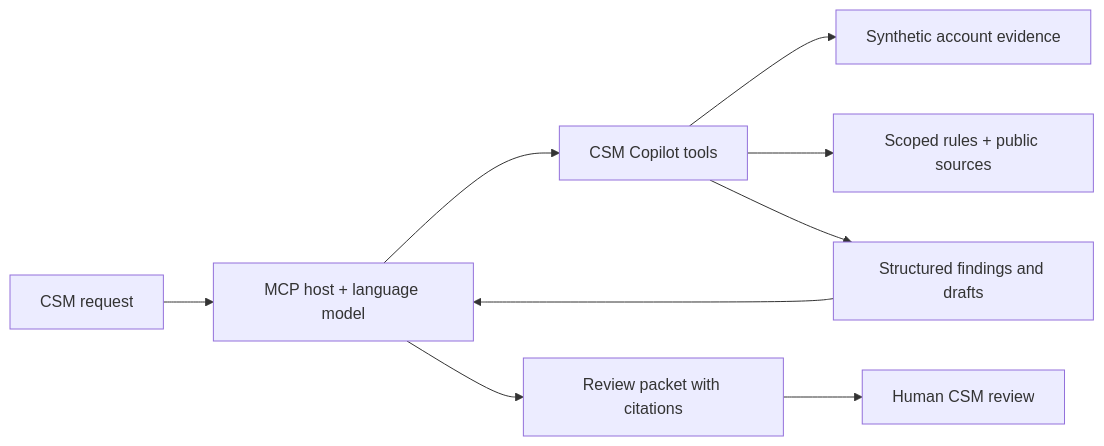
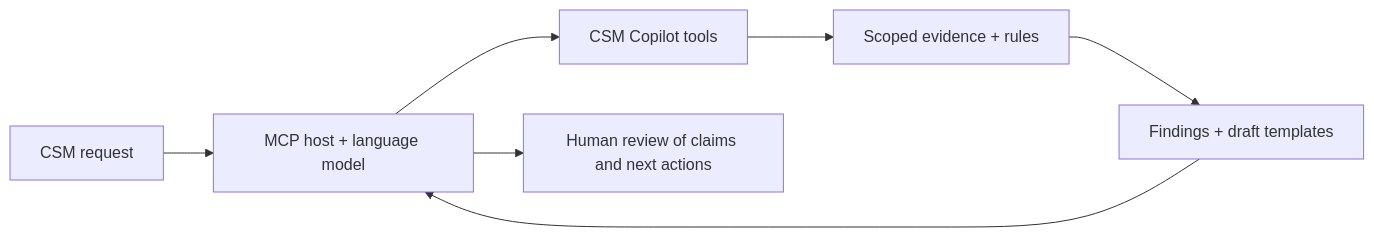
One commit to Yuchi-Wang02/csm-copilot changed the diagram in README.md. Above: the diagram before and after it, drawn with Mermaid. The commit also changed other lines of this file and 1 other file, not shown here.

Commit message:
Make the portfolio README easier to review and separate local setup

````diff
--- a/README.md
+++ b/README.md
@@ -84,11 +35,9 @@
 ```mermaid
 flowchart LR
     U[CSM request] --> H[MCP host + language model]
-    H --> S[CSM Copilot tools]
-    S --> E[Synthetic account evidence]
-    S --> R[Scoped rules + public sources]
-    S --> D[Structured findings and drafts]
+    H --> T[CSM Copilot tools]
+    T --> E[Scoped evidence + rules]
+    E --> D[Findings + draft templates]
     D --> H
-    H --> P[Review packet with citations]
-    P --> C[Human CSM review]
+    H --> R[Human review of claims and next actions]
 ```
````
